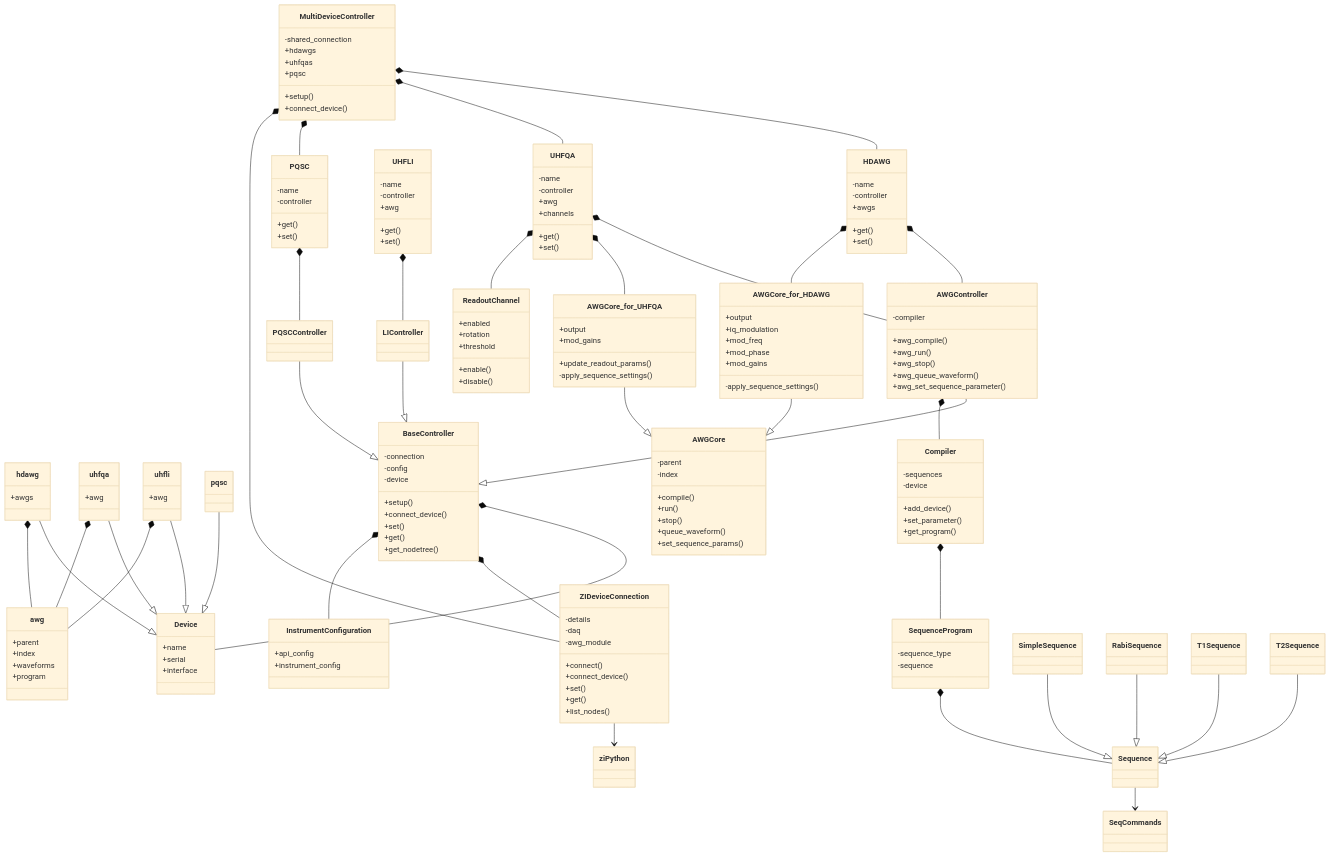
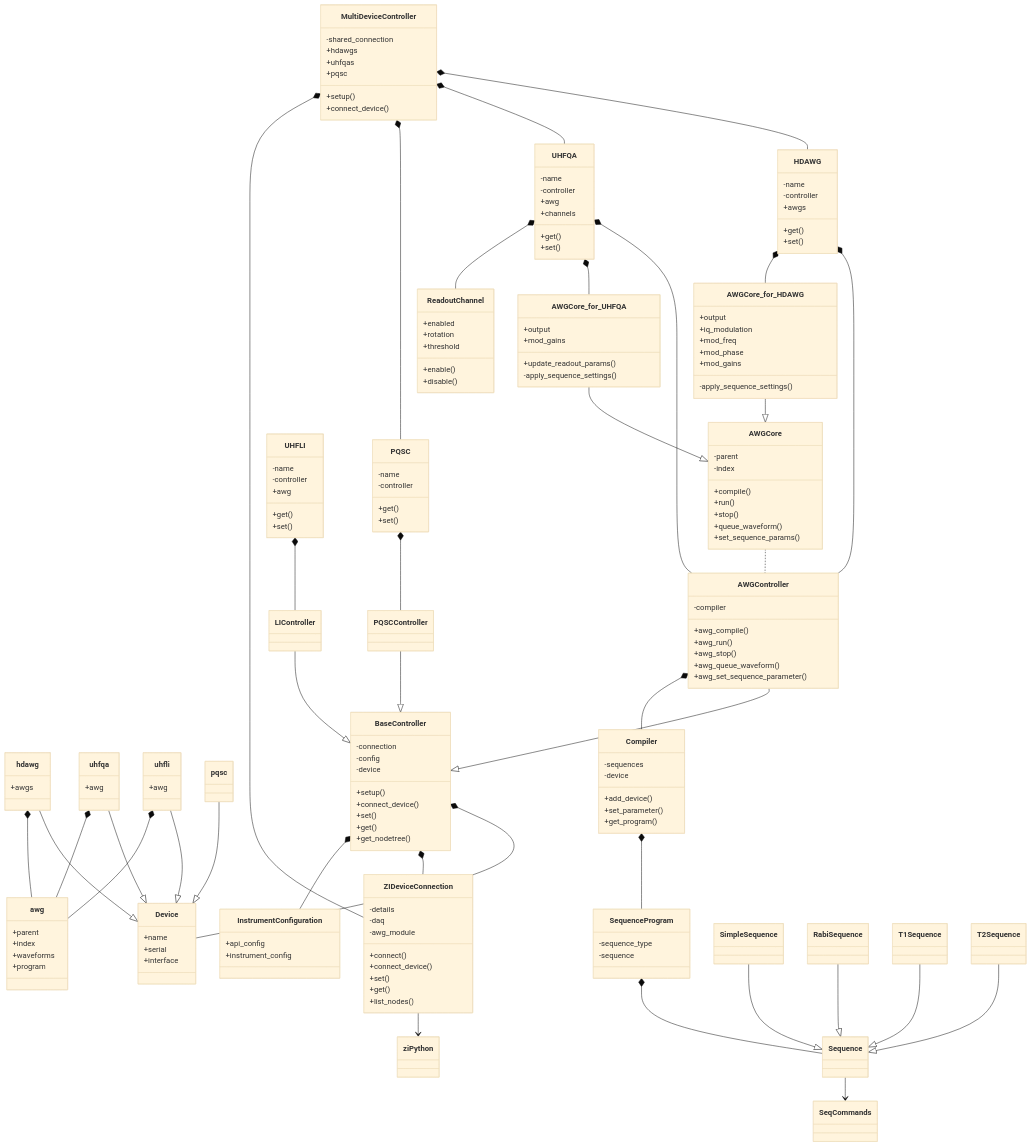
The diagram in README.md (zhinst/zhinst-toolkit), drawn with Mermaid (base theme) before and after one commit.

```diff
--- a/README.md
+++ b/README.md
@@ -54,6 +54,7 @@
     Sequence --> SeqCommands
     AWGCore_for_UHFQA --|> AWGCore
     AWGCore_for_HDAWG --|> AWGCore
+    AWGCore .. AWGController
     HDAWG *-- AWGController
     UHFQA *-- AWGController
     HDAWG *-- AWGCore_for_HDAWG
```
